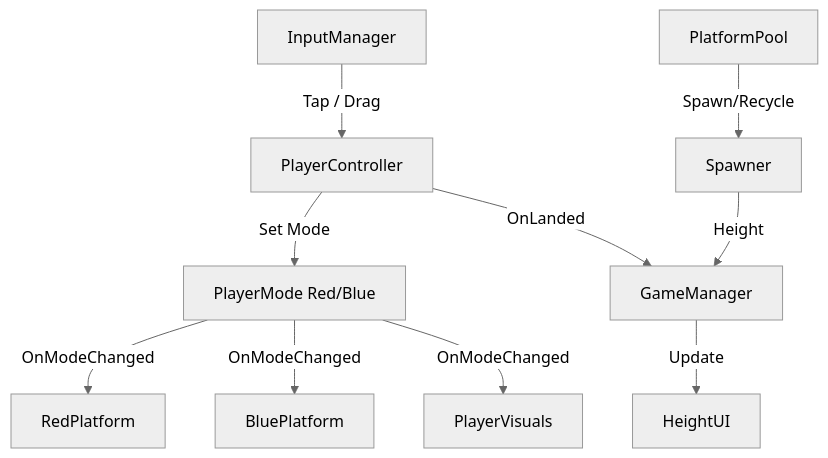
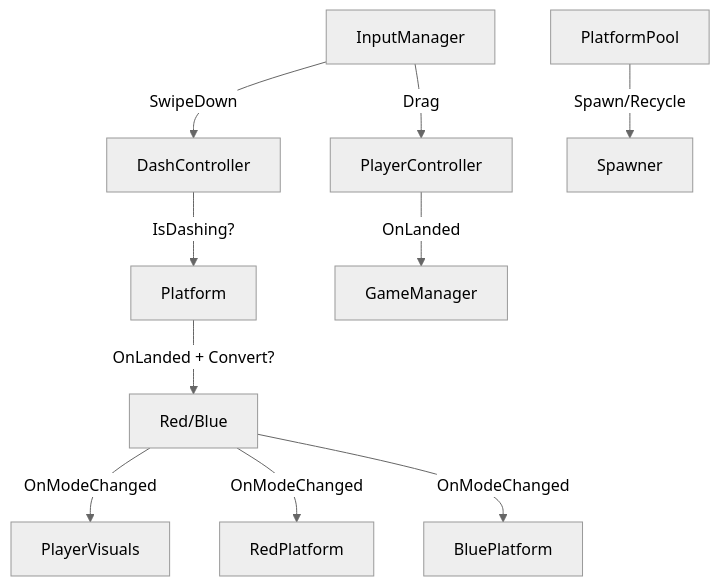
Before and after one commit to ramasii/Game-Development: the diagram in Projects/Ideas/Pair Jump/Pair Jump.md, drawn with Mermaid (neutral theme). The commit also changed other lines of this file, not shown here.

````diff
--- a/Projects/Ideas/Pair Jump/Pair Jump.md
+++ b/Projects/Ideas/Pair Jump/Pair Jump.md
@@ -46,12 +44,12 @@
     ```mermaid
     graph TD
-      InputManager -->|Tap / Drag| PlayerController
-      PlayerController -->|Set Mode| PlayerModeFSM[PlayerMode Red/Blue]
+      InputManager -->|Drag| PlayerController
+      InputManager -->|SwipeDown| DashController
+      DashController -->|IsDashing?| Platform
+      Platform -->|OnLanded + Convert?| PlayerModeFSM[Red/Blue]
+      PlayerModeFSM -->|OnModeChanged| PlayerVisuals
       PlayerModeFSM -->|OnModeChanged| RedPlatform
       PlayerModeFSM -->|OnModeChanged| BluePlatform
-      PlayerModeFSM -->|OnModeChanged| PlayerVisuals
       PlayerController -->|OnLanded| GameManager
       PlatformPool -->|Spawn/Recycle| Spawner
-      Spawner -->|Height| GameManager
-      GameManager -->|Update| HeightUI
     ```
````
